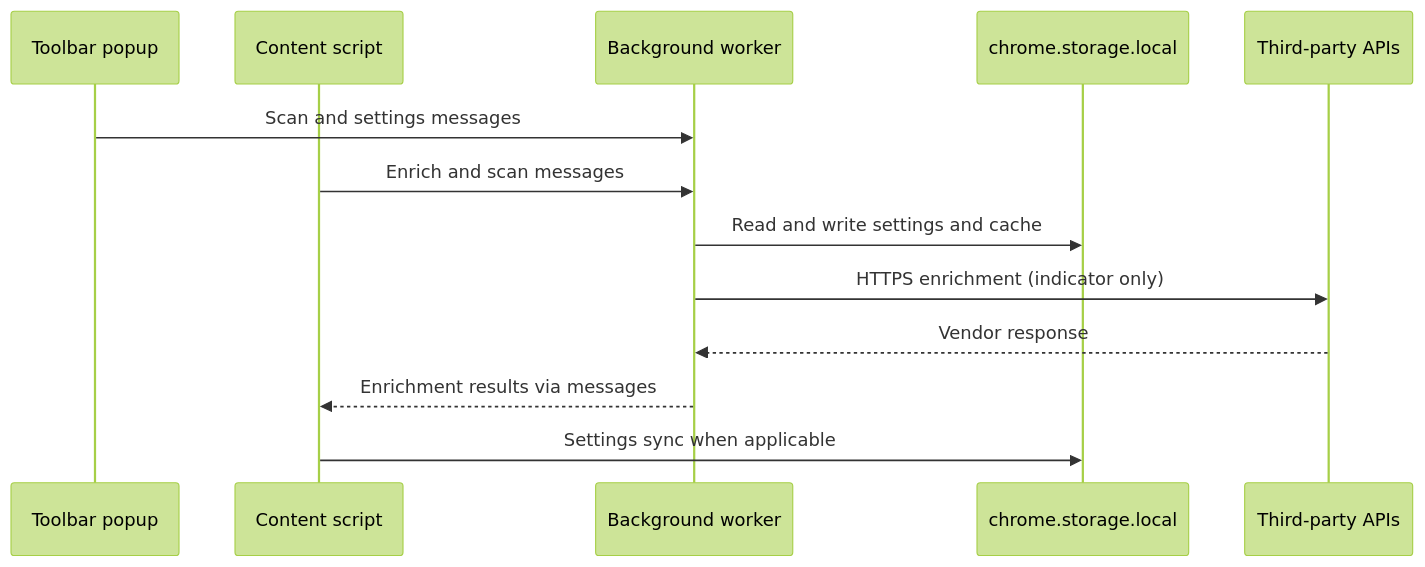
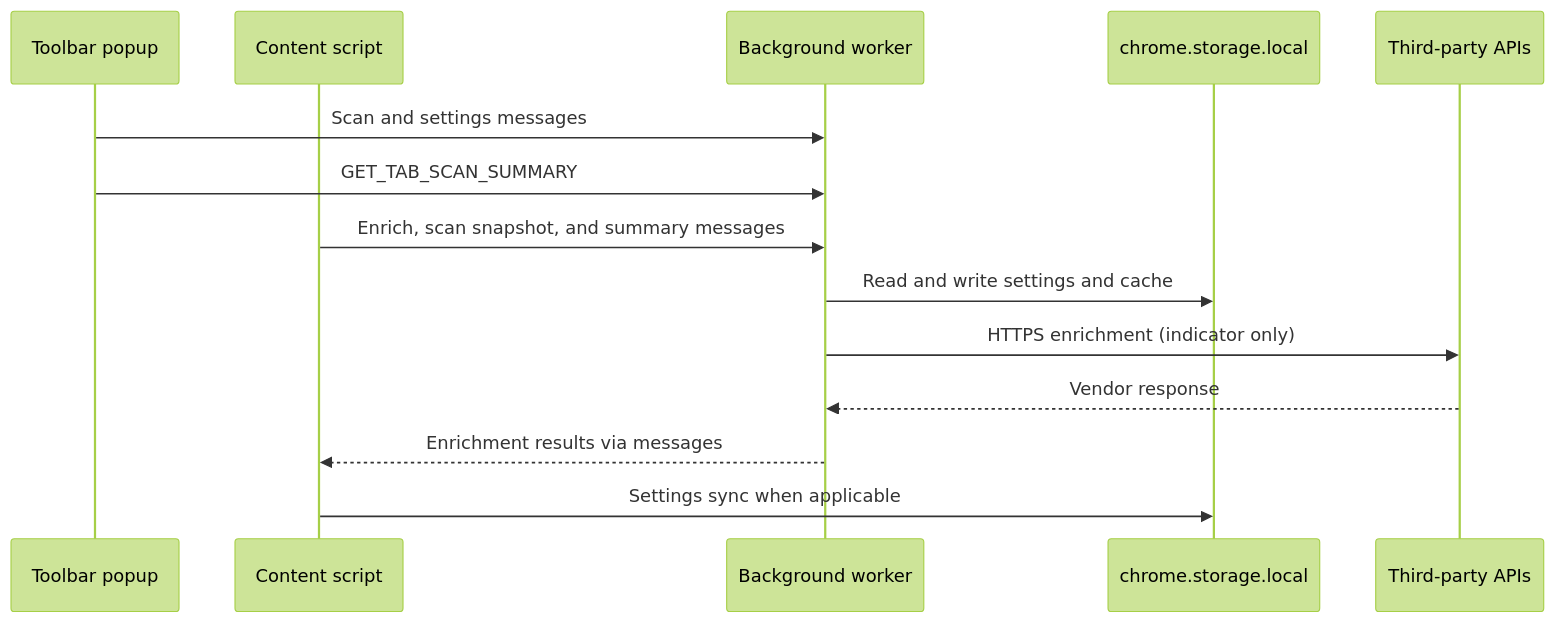
Before and after one commit to 0xCBradford/Vera5: the diagram in docs/contributors/extension-architecture.md, drawn with Mermaid (forest theme). The commit also changed other lines of this file and 79 other files, not shown here.

Commit message:
feat: SCAN SUMMARY AND IOC TRAY

````diff
--- a/docs/contributors/extension-architecture.md
+++ b/docs/contributors/extension-architecture.md
@@ -30,16 +32,17 @@
 ```mermaid
 sequenceDiagram
   participant Popup as Toolbar popup
   participant Content as Content script
   participant SW as Background worker
   participant Store as chrome.storage.local
   participant Vendor as Third-party APIs
 
   Popup->>SW: Scan and settings messages
-  Content->>SW: Enrich and scan messages
+  Popup->>SW: GET_TAB_SCAN_SUMMARY
+  Content->>SW: Enrich, scan snapshot, and summary messages
   SW->>Store: Read and write settings and cache
   SW->>Vendor: HTTPS enrichment (indicator only)
   Vendor-->>SW: Vendor response
   SW-->>Content: Enrichment results via messages
   Content->>Store: Settings sync when applicable
 ```
````
